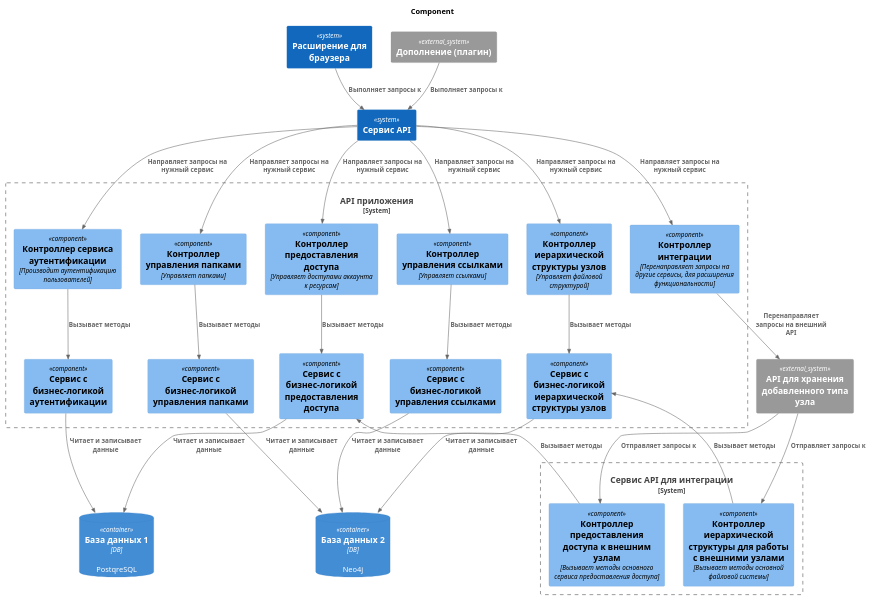
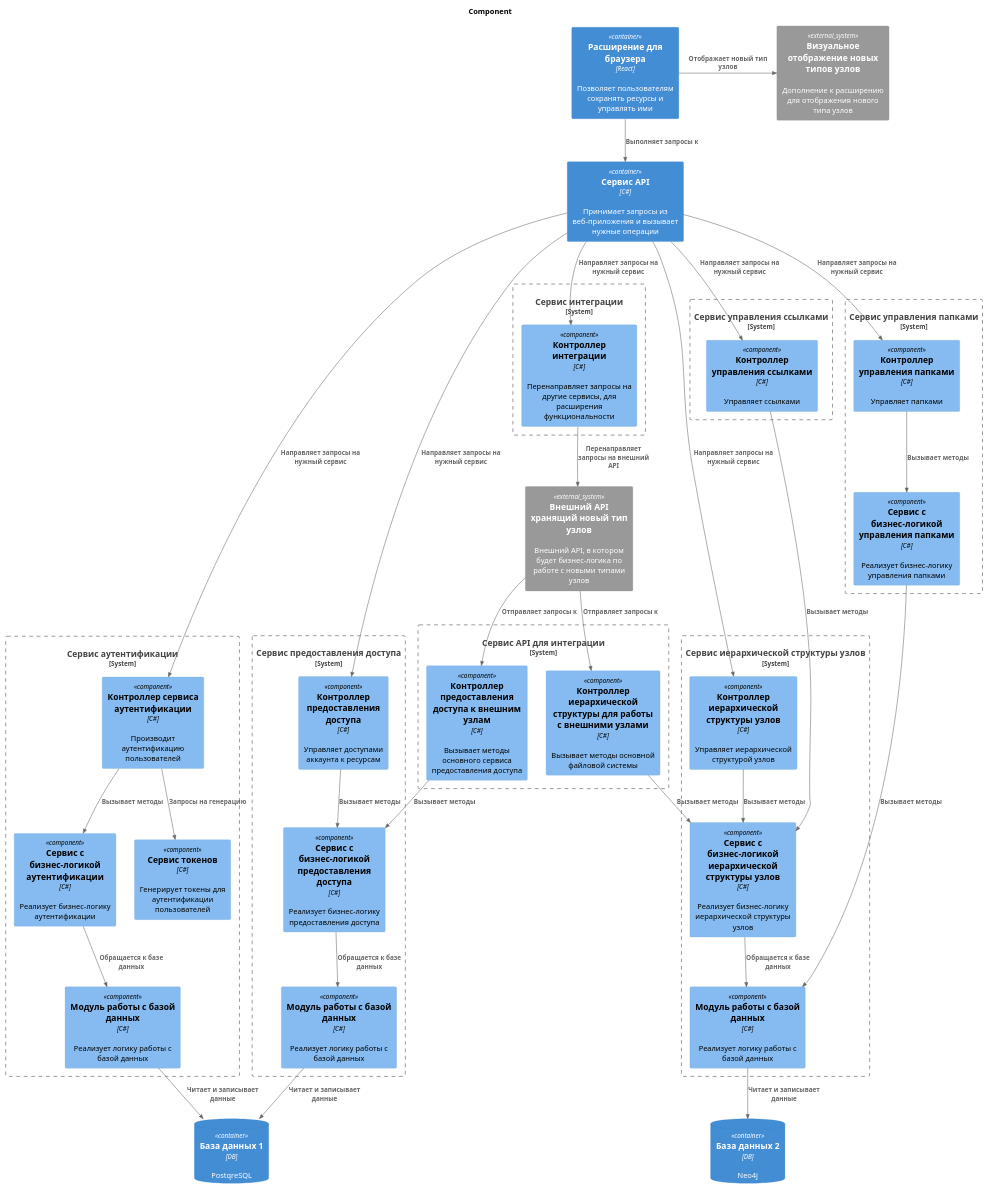
Before and after one commit to k-sannikov/links-arch: the diagram in 2. Технический проект/C4-Component.md, drawn with PlantUML. The commit also changed 5 other files, not shown here.

````diff
--- a/2. Технический проект/C4-Component.md
+++ b/2. Технический проект/C4-Component.md
@@ -3,68 +3,100 @@
 
 title Component
 
-System(WebApp, "Расширение для браузера")
+Container(WebApp, "Расширение для браузера", "React", "Позволяет пользователям сохранять ресурсы и управлять ими")
 
 ContainerDb(DataBase1, "База данных 1", "DB", "PostqreSQL")
 ContainerDb(DataBase2, "База данных 2", "DB", "Neo4j")
 
-System_Ext(ExtApp, "Дополнение (плагин)")
-System_Ext(ExtApi, "API для хранения добавленного типа узла")
+System_Ext(ExtApp, "Визуальное отображение новых типов узлов", "Дополнение к расширению для отображения нового типа узлов")
+System_Ext(ExtApi, "Внешний API хранящий новый тип узлов", "Внешний API, в котором будет бизнес-логика по работе с новыми типами узлов")
 
-System(ApplicationApi, "Сервис API")
+Container(ApplicationApi, "Сервис API", "C#", "Принимает запросы из веб-приложения и вызывает нужные операции")
 
 System_Boundary(IntegrationApi, "Сервис API для интеграции") {
-	Component(IntegrationAccess, "Контроллер предоставления доступа к внешним узлам", "Вызывает методы основного сервиса предоставления доступа")
-	Component(IntegrationFileSystem, "Контроллер иерархической структуры для работы с внешними узлами", "Вызывает методы основной файловой системы")
+	Component(IntegrationAccess, "Контроллер предоставления доступа к внешним узлам", "C#", "Вызывает методы основного сервиса предоставления доступа")
+	Component(IntegrationFileSystem, "Контроллер иерархической структуры для работы с внешними узлами", "C#", "Вызывает методы основной файловой системы")
 }
 
-System_Boundary(ApiApp, "API приложения") {
-	Component(AuthController, "Контроллер сервиса аутентификации", "Производит аутентификацию пользователей")
-	Component(Auth, "Сервис с бизнес-логикой аутентификации", "")
-
-	Component(FileSystemController, "Контроллер иерархической структуры узлов", "Управляет файловой структурой")
-	Component(FileSystem, "Сервис с бизнес-логикой иерархической структуры узлов", "")
-
-	Component(AccessController, "Контроллер предоставления доступа", "Управляет доступами аккаунта к ресурсам")
-	Component(Access, "Сервис с бизнес-логикой предоставления доступа", "")
-
-	Component(LinksController, "Контроллер управления ссылками", "Управляет ссылками")
-    Component(Links, "Сервис с бизнес-логикой управления ссылками", "")
-    
-    Component(FolderController, "Контроллер управления папками", "Управляет папками")
-    Component(Folder, "Сервис с бизнес-логикой управления папками", "")
-    
-    Component(ProxyController, "Контроллер интеграции", "Перенаправляет запросы на другие сервисы, для расширения функциональности")
+System_Boundary(AuthService, "Сервис аутентификации") {
+	Component(AuthController, "Контроллер сервиса аутентификации", "C#", "Производит аутентификацию пользователей")
+	Component(Auth, "Сервис с бизнес-логикой аутентификации", "C#", "Реализует бизнес-логику аутентификации")
+	Component(AuthRepository, "Модуль работы с базой данных", "C#", "Реализует логику работы с базой данных")
+	Component(Tokens, "Сервис токенов", "C#", "Генерирует токены для аутентификации пользователей")
 }
 
+System_Boundary(FileSystemService, "Сервис иерархической структуры узлов") {
+	Component(FileSystemController, "Контроллер иерархической структуры узлов", "C#", "Управляет иерархической структурой узлов")
+	Component(FileSystem, "Сервис с бизнес-логикой иерархической структуры узлов", "C#", "Реализует бизнес-логику иерархической структуры узлов")
+	Component(FileSystemRepository, "Модуль работы с базой данных", "С#", "Реализует логику работы с базой данных")
+}
+
+System_Boundary(AccessService, "Сервис предоставления доступа") {
+	Component(AccessController, "Контроллер предоставления доступа", "C#", "Управляет доступами аккаунта к ресурсам")
+	Component(Access, "Сервис с бизнес-логикой предоставления доступа", "C#", "Реализует бизнес-логику предоставления доступа")
+	Component(AccessRepository, "Модуль работы с базой данных", "C#", "Реализует логику работы с базой данных")
+}
+
+System_Boundary(LinksService, "Сервис управления ссылками") {
+	Component(LinksController, "Контроллер управления ссылками", "C#", "Управляет ссылками")
+    'Component(Links, "Сервис с бизнес-логикой управления ссылками", "C#", "")
+    'Component(LinksRepository, "", "C#")
+}
+
+System_Boundary(FolderService, "Сервис управления папками") {
+	Component(FolderController, "Контроллер управления папками", "C#", "Управляет папками")
+    Component(Folder, "Сервис с бизнес-логикой управления папками", "C#", "Реализует бизнес-логику управления папками")
+    'Component(FolderRepository, "", "C#")
+}
+
+System_Boundary(ProxyService, "Сервис интеграции") {
+    Component(ProxyController, "Контроллер интеграции", "C#", "Перенаправляет запросы на другие сервисы, для расширения функциональности")
+}
+
+Rel_Right(WebApp, ExtApp, "Отображает новый тип узлов")
 Rel(WebApp, ApplicationApi, "Выполняет запросы к")
-Rel(ExtApp, ApplicationApi, "Выполняет запросы к")
 
+'Аутентификация
+Rel(ApplicationApi, AuthController, "Направляет запросы на нужный сервис")
+Rel(AuthController, Auth, "Вызывает методы")
+Rel(AuthController, Tokens, "Запросы на генерацию")
+Rel(Auth, AuthRepository, "Обращается к базе данных")
+Rel(AuthRepository, DataBase1, "Читает и записывает данные")
+
+'Иерархическая структура узлов
+Rel(ApplicationApi, FileSystemController, "Направляет запросы на нужный сервис")
+Rel(FileSystemController, FileSystem, "Вызывает методы")
+Rel(FileSystem, FileSystemRepository, "Обращается к базе данных")
+Rel(FileSystemRepository, DataBase2, "Читает и записывает данные")
+
+'Сервис предоставления доступа
 Rel(ApplicationApi, AccessController, "Направляет запросы на нужный сервис")
-Rel(ApplicationApi, FileSystemController, "Направляет запросы на нужный сервис")
+Rel(AccessController, Access, "Вызывает методы")
+Rel(Access, AccessRepository, "Обращается к базе данных")
+Rel(AccessRepository, DataBase1, "Читает и записывает данные")
+
+'Сервис управления ссылками
 Rel(ApplicationApi, LinksController, "Направляет запросы на нужный сервис")
+'Rel(LinksController, Links, "")
+'Rel(Links, LinksRepository, "")
+Rel(LinksController, FileSystem, "Вызывает методы")
+'Rel(LinksRepository, DataBase2, "Читает и записывает данные")
+
+'Сервис управления папками
 Rel(ApplicationApi, FolderController, "Направляет запросы на нужный сервис")
+Rel(FolderController, Folder, "Вызывает методы")
+'Rel(Folder, FolderRepository, "")
+Rel(Folder, FileSystemRepository, "Вызывает методы")
+'Rel(FolderRepository, DataBase2, "")
+
+'Сервис интеграции
 Rel(ApplicationApi, ProxyController, "Направляет запросы на нужный сервис")
-Rel(ApplicationApi, AuthController, "Направляет запросы на нужный сервис")
-
-Rel(AuthController, Auth, "Вызывает методы")
-Rel(AccessController, Access, "Вызывает методы")
-Rel(FileSystemController, FileSystem, "Вызывает методы")
-Rel(LinksController, Links, "Вызывает методы")
-Rel(FolderController, Folder, "Вызывает методы")
-
 Rel(ProxyController, ExtApi, "Перенаправляет запросы на внешний API")
 
 Rel(ExtApi, IntegrationAccess, "Отправляет запросы к")
 Rel(ExtApi, IntegrationFileSystem, "Отправляет запросы к")
 
-Rel_Up(IntegrationAccess, Access, "Вызывает методы")
-Rel_Up(IntegrationFileSystem, FileSystem, "Вызывает методы")
-
-Rel(Auth, DataBase1, "Читает и записывает данные")
-Rel(Access, DataBase1, "Читает и записывает данные")
-Rel(Links, DataBase2, "Читает и записывает данные")
-Rel(FileSystem, DataBase2, "Читает и записывает данные")
-Rel(Folder, DataBase2, "Читает и записывает данные")
+Rel(IntegrationAccess, Access, "Вызывает методы")
+Rel(IntegrationFileSystem, FileSystem, "Вызывает методы")
 
 ```
````
